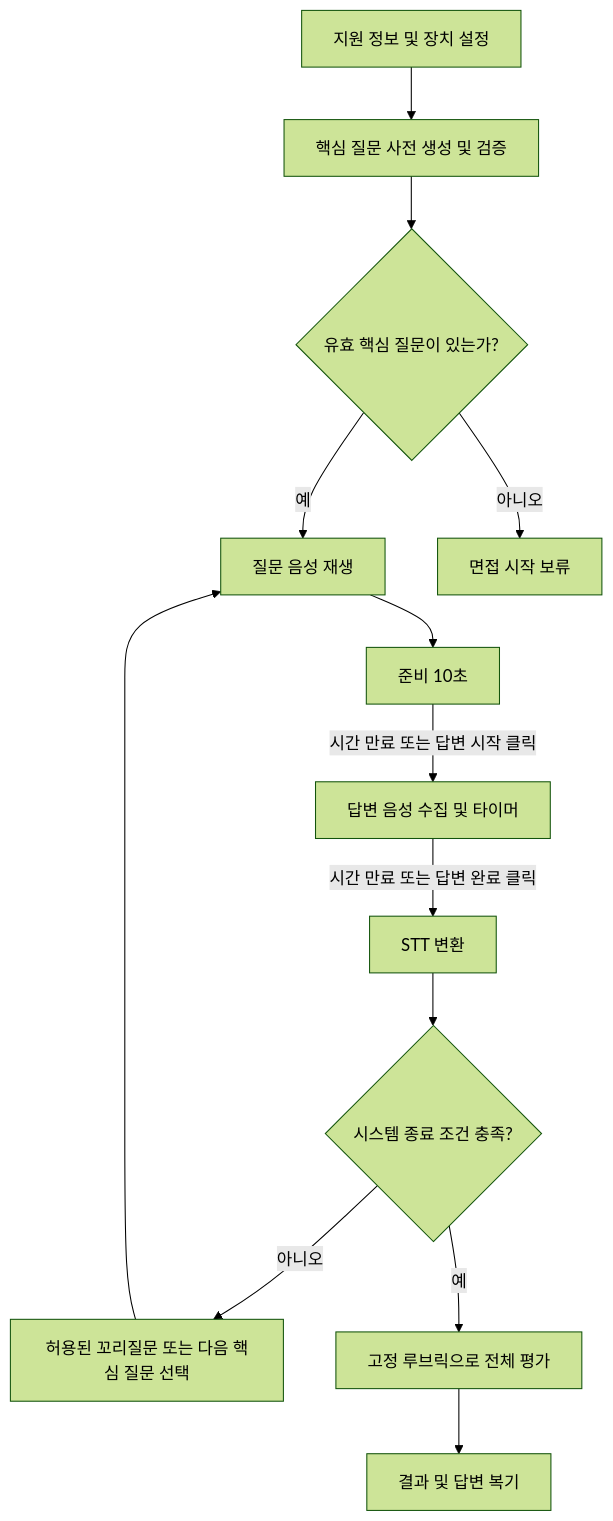
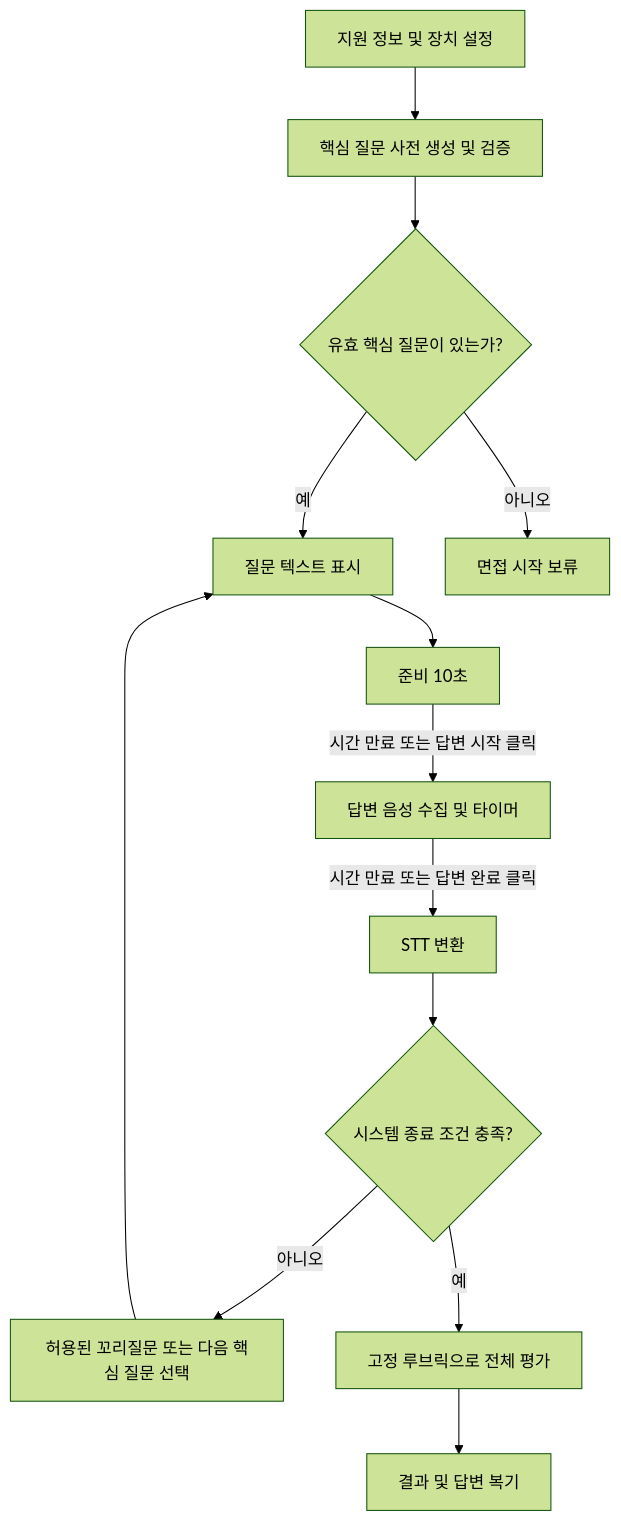
The diagram in docs/mvp-spec.md (jution113/ai-interview-loop), drawn with Mermaid (forest theme) before and after one commit. The commit also changed other lines of this file and 15 other files, not shown here.

````diff
--- a/docs/mvp-spec.md
+++ b/docs/mvp-spec.md
@@ -109,15 +110,15 @@
 ```mermaid
 flowchart TD
     A[지원 정보 및 장치 설정] --> B[핵심 질문 사전 생성 및 검증]
     B --> K{유효 핵심 질문이 있는가?}
-    K -->|예| C[질문 음성 재생]
+    K -->|예| C[질문 텍스트 표시]
     K -->|아니오| L[면접 시작 보류]
     C --> D[준비 10초]
     D -->|시간 만료 또는 답변 시작 클릭| E[답변 음성 수집 및 타이머]
     E -->|시간 만료 또는 답변 완료 클릭| F[STT 변환]
     F --> G{시스템 종료 조건 충족?}
     G -->|아니오| H[허용된 꼬리질문 또는 다음 핵심 질문 선택]
     H --> C
     G -->|예| I[고정 루브릭으로 전체 평가]
     I --> J[결과 및 답변 복기]
 ```
````
